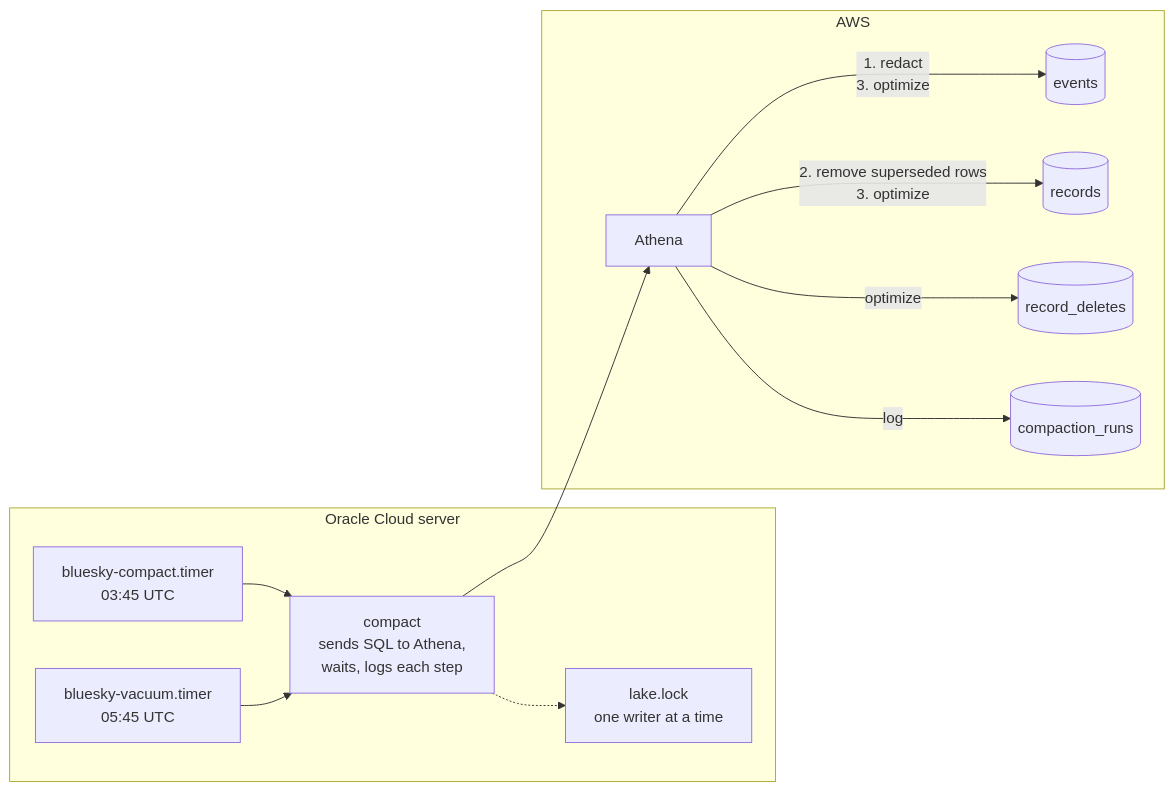
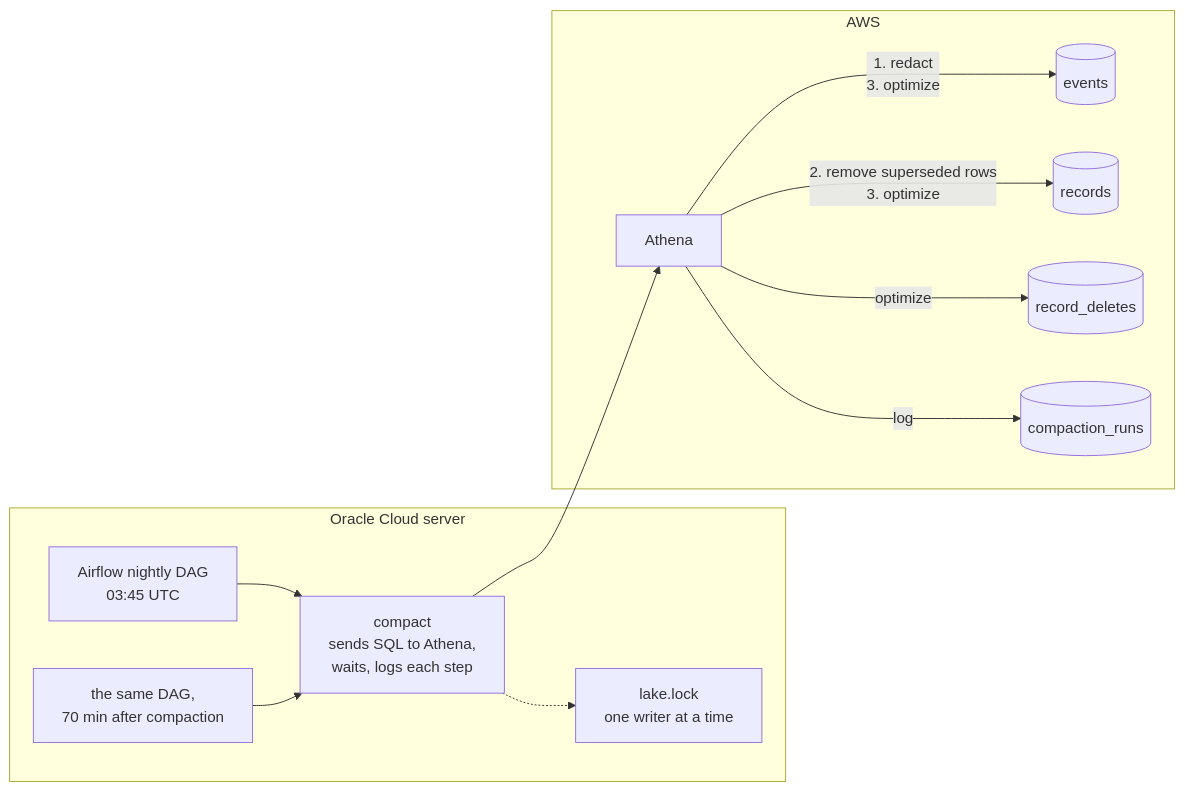
One commit to dhirajkk91/bluesky-stream-analytics changed the diagram in docs/architectures/compaction.md. Above: the diagram before and after it, drawn with Mermaid. The commit also changed other lines of this file and 40 other files, not shown here.

First line of the commit message:
Orchestrates the hourly and nightly jobs with Airflow

````diff
--- a/docs/architectures/compaction.md
+++ b/docs/architectures/compaction.md
@@ -52,26 +52,26 @@
 ```mermaid
 flowchart LR
     subgraph VM["Oracle Cloud server"]
-        T1["bluesky-compact.timer<br/>03:45 UTC"]
-        T2["bluesky-vacuum.timer<br/>05:45 UTC"]
+        T1["Airflow nightly DAG<br/>03:45 UTC"]
+        T2["the same DAG,<br/>70 min after compaction"]
         C["compact<br/>sends SQL to Athena,<br/>waits, logs each step"]
         L["lake.lock<br/>one writer at a time"]
     end
 
     subgraph AWS["AWS"]
         A["Athena"]
         EV[("events")]
         R[("records")]
         D[("record_deletes")]
         RUN[("compaction_runs")]
     end
 
     T1 --> C
     T2 --> C
     C -.-> L
     C --> A
     A -->|"1. redact<br/>3. optimize"| EV
     A -->|"2. remove superseded rows<br/>3. optimize"| R
     A -->|"optimize"| D
     A -->|"log"| RUN
 ```
````
